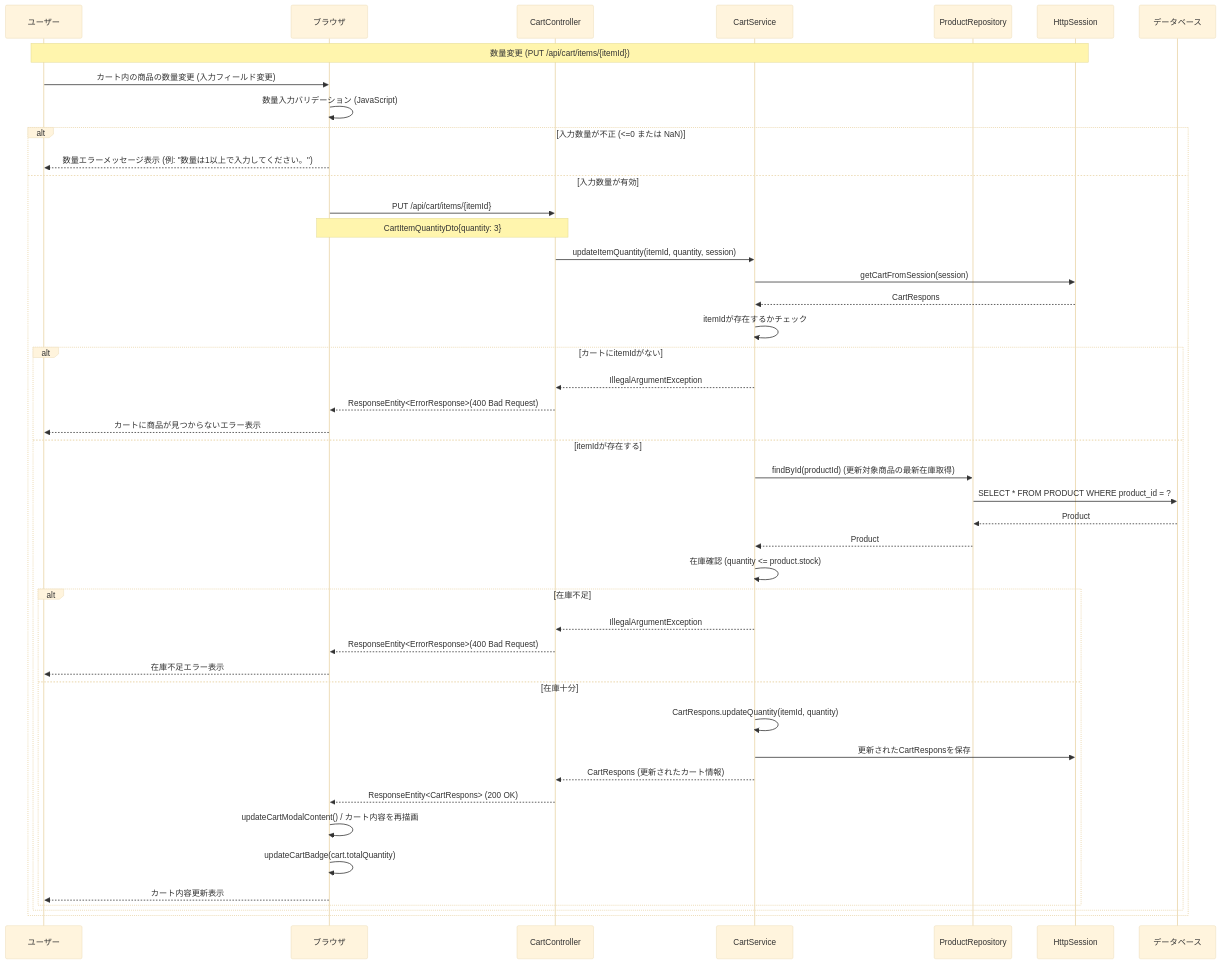
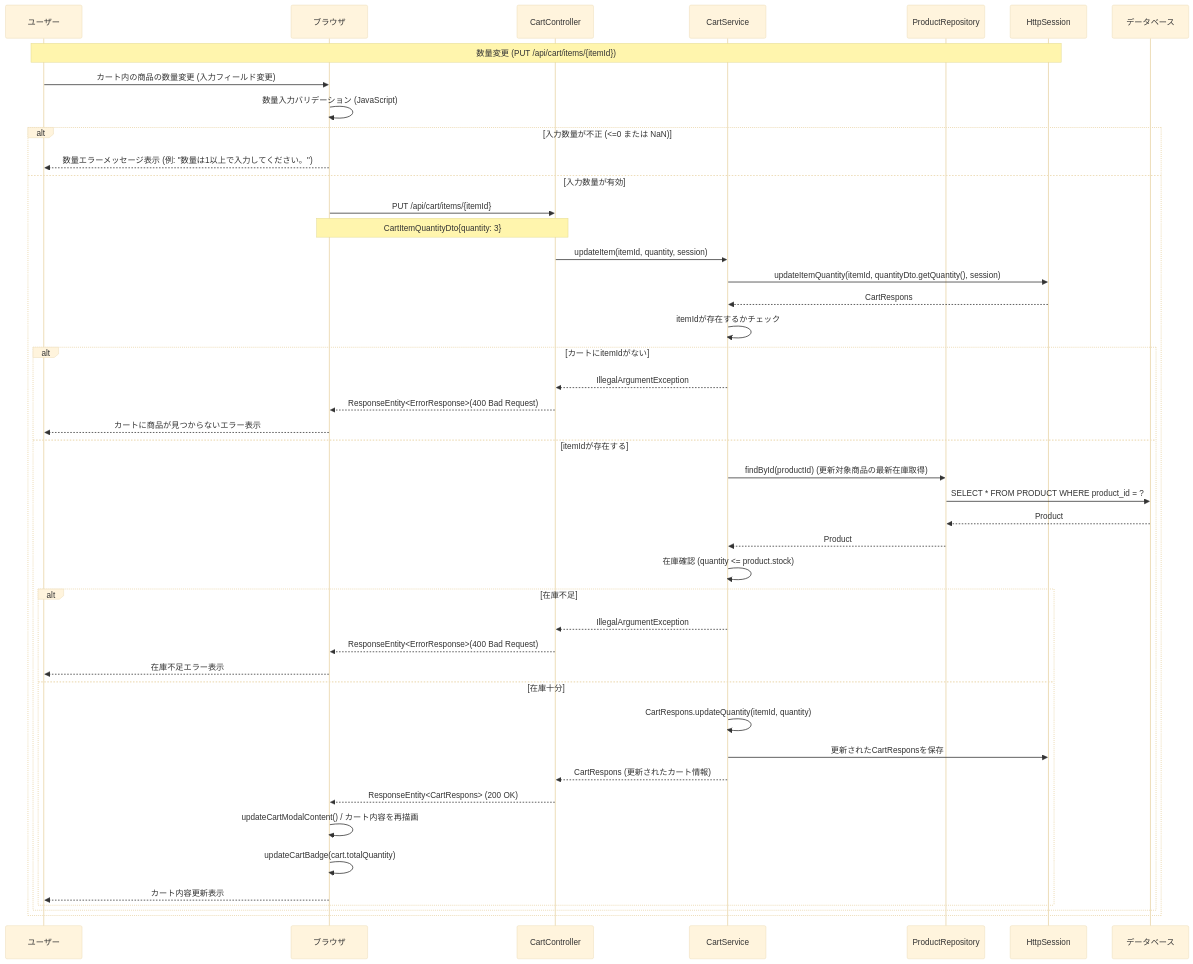
Before and after one commit to shogomaeda758/Bacon: the eighth of 22 diagrams in 詳細設計/詳細設計書_v3.md, drawn with Mermaid (base theme). The commit also changed other lines of this file, not shown here.

Commit message:
シーケンス図のメソッド名修正

````diff
--- a/詳細設計/詳細設計書_v3.md
+++ b/詳細設計/詳細設計書_v3.md
@@ -363,48 +363,48 @@
 ```mermaid
 sequenceDiagram
     participant U as ユーザー
     participant B as ブラウザ
     participant CC as CartController
     participant CS as CartService
     participant PR as ProductRepository
     participant S as HttpSession
     participant DB as データベース
 
     Note over U,S: 数量変更 (PUT /api/cart/items/{itemId})
     U->>B: カート内の商品の数量変更 (入力フィールド変更)
     B->>B: 数量入力バリデーション (JavaScript)
     alt 入力数量が不正 (<=0 または NaN)
         B-->>U: 数量エラーメッセージ表示 (例: "数量は1以上で入力してください。")
     else 入力数量が有効
         B->>CC: PUT /api/cart/items/{itemId}
         Note over B,CC: CartItemQuantityDto{quantity: 3}
-        CC->>CS: updateItemQuantity(itemId, quantity, session)
-        CS->>S: getCartFromSession(session)
+        CC->>CS: updateItem(itemId, quantity, session)
+        CS->>S: updateItemQuantity(itemId, quantityDto.getQuantity(), session)
         S-->>CS: CartRespons
         CS->>CS: itemIdが存在するかチェック
         alt カートにitemIdがない
             CS-->>CC: IllegalArgumentException
             CC-->>B: ResponseEntity<ErrorResponse>(400 Bad Request)
             B-->>U: カートに商品が見つからないエラー表示
         else itemIdが存在する
             CS->>PR: findById(productId) (更新対象商品の最新在庫取得)
             PR->>DB: SELECT * FROM PRODUCT WHERE product_id = ?
             DB-->>PR: Product
             PR-->>CS: Product
             CS->>CS: 在庫確認 (quantity <= product.stock)
             alt 在庫不足
                 CS-->>CC: IllegalArgumentException
                 CC-->>B: ResponseEntity<ErrorResponse>(400 Bad Request)
                 B-->>U: 在庫不足エラー表示
             else 在庫十分
                 CS->>CS: CartRespons.updateQuantity(itemId, quantity)
                 CS->>S: 更新されたCartResponsを保存
                 CS-->>CC: CartRespons (更新されたカート情報)
                 CC-->>B: ResponseEntity<CartRespons> (200 OK)
                 B->>B: updateCartModalContent() / カート内容を再描画
                 B->>B: updateCartBadge(cart.totalQuantity)
                 B-->>U: カート内容更新表示
             end
         end
     end
 ```
````
